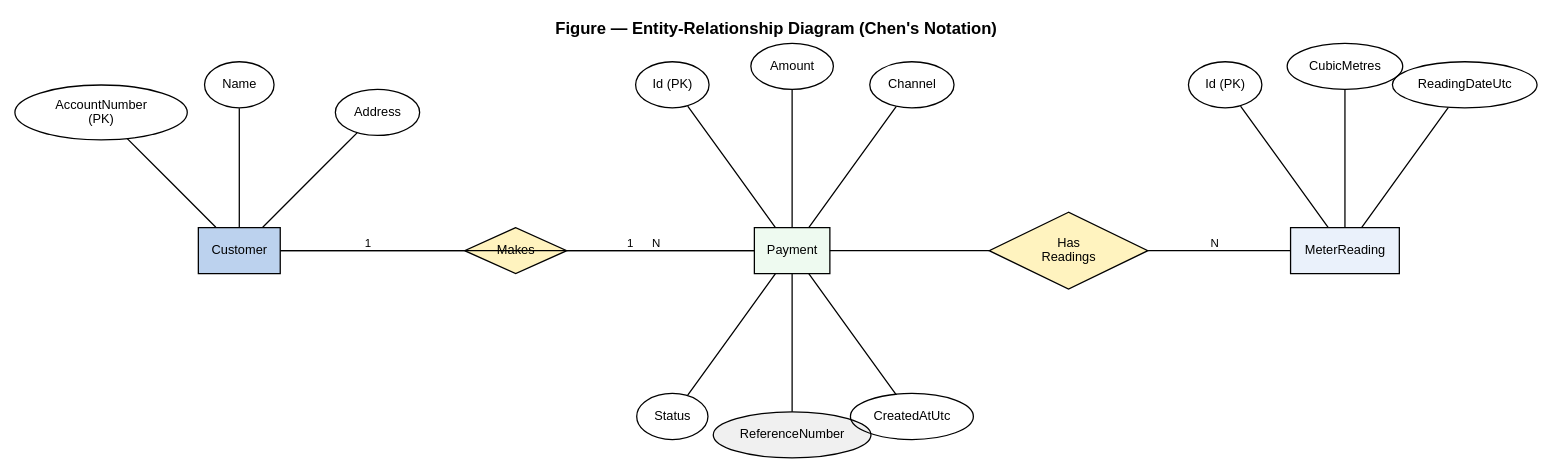
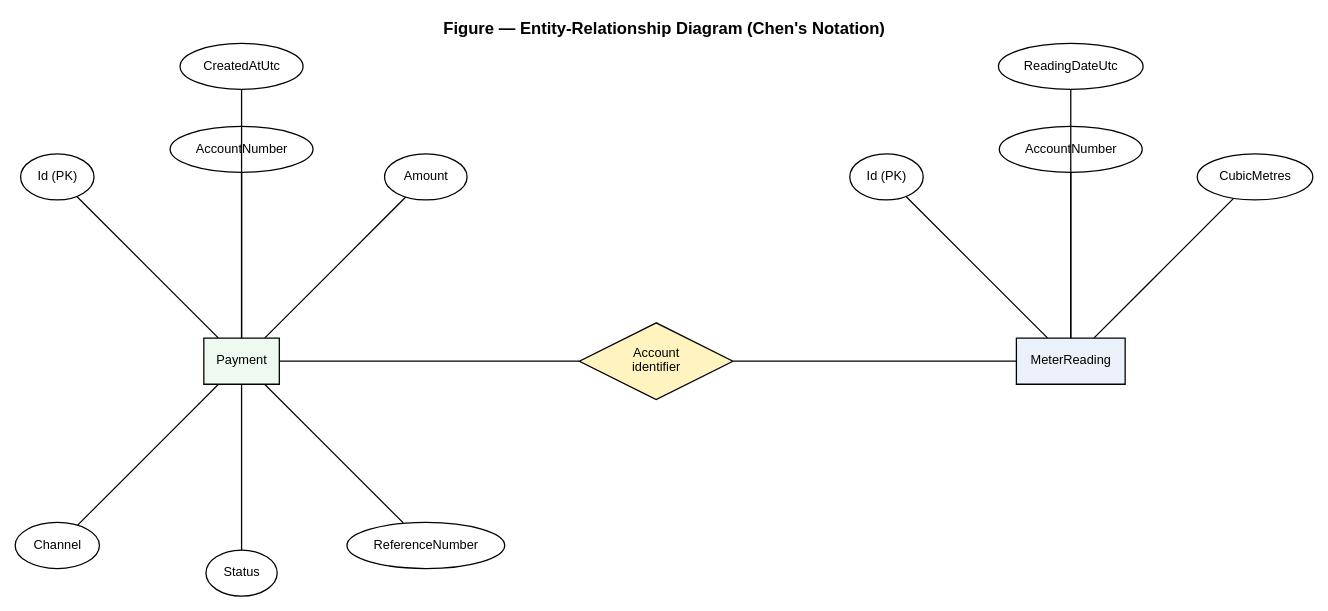
One commit to LinukaBandara/nwsdb-soc changed the diagram in docs/diagrams/er-chen.dot. Above: the diagram before and after it, drawn with Graphviz.

Commit message:
docs: align Chen ER diagram with implemented data model

```diff
--- a/docs/diagrams/er-chen.dot
+++ b/docs/diagrams/er-chen.dot
@@ -1,47 +1,50 @@
 graph ERChen {
     layout=neato;
     bgcolor="white";
     fontname="Helvetica";
     node [fontname="Helvetica" fontsize=10];
     edge [fontname="Helvetica" fontsize=9];
 
-    // Entities (rectangles)
-    Customer [shape=box style=filled fillcolor="#bcd2ee" pos="0,4!"];
-    Payment [shape=box style=filled fillcolor="#eefaf0" pos="6,4!"];
-    MeterReading [shape=box style=filled fillcolor="#eaf1fb" pos="12,4!"];
+    // The implementation has two service-local data models.
+    // Customer is an external actor/business concept, not a persisted table.
+    Payment [shape=box style=filled fillcolor="#eefaf0" label="Payment" pos="0,4!"];
+    MeterReading [shape=box style=filled fillcolor="#eaf1fb" label="MeterReading" pos="9,4!"];
 
-    // Relationships (diamonds, Chen's notation)
-    Makes [shape=diamond style=filled fillcolor="#fff3bf" label="Makes" pos="3,4!"];
-    Has [shape=diamond style=filled fillcolor="#fff3bf" label="Has\nReadings" pos="9,4!"];
+    // Payment attributes
+    P_id [shape=ellipse label="Id (PK)" pos="-2,6!"];
+    P_acc [shape=ellipse label="AccountNumber" pos="0,6.3!"];
+    P_amt [shape=ellipse label="Amount" pos="2,6!"];
+    P_chan [shape=ellipse label="Channel" pos="-2,2!"];
+    P_status [shape=ellipse label="Status" pos="0,1.7!"];
+    P_ref [shape=ellipse label="ReferenceNumber" pos="2,2!"];
+    P_date [shape=ellipse label="CreatedAtUtc" pos="0,7.2!"];
 
-    Customer -- Makes [label="1"];
-    Makes -- Payment [label="N"];
-    Customer -- Has [label="1"];
-    Has -- MeterReading [label="N"];
+    Payment -- P_id;
+    Payment -- P_acc;
+    Payment -- P_amt;
+    Payment -- P_chan;
+    Payment -- P_status;
+    Payment -- P_ref;
+    Payment -- P_date;
 
-    // Attributes (ellipses) — Customer
-    C_acc [shape=ellipse label="AccountNumber\n(PK)" pos="-1.5,5.5!"];
-    C_name [shape=ellipse label="Name" pos="0,5.8!"];
-    C_addr [shape=ellipse label="Address" pos="1.5,5.5!"];
-    Customer -- C_acc; Customer -- C_name; Customer -- C_addr;
+    // MeterReading attributes
+    M_id [shape=ellipse label="Id (PK)" pos="7,6!"];
+    M_acc [shape=ellipse label="AccountNumber" pos="9,6.3!"];
+    M_cubic [shape=ellipse label="CubicMetres" pos="11,6!"];
+    M_date [shape=ellipse label="ReadingDateUtc" pos="9,7.2!"];
 
-    // Attributes — Payment
-    P_id [shape=ellipse label="Id (PK)" pos="4.7,5.8!"];
-    P_amt [shape=ellipse label="Amount" pos="6,6!"];
-    P_chan [shape=ellipse label="Channel" pos="7.3,5.8!"];
-    P_status [shape=ellipse label="Status" pos="4.7,2.2!"];
-    P_ref [shape=ellipse label="ReferenceNumber" pos="6,2!" style=filled fillcolor="#f0f0f0"];
-    P_date [shape=ellipse label="CreatedAtUtc" pos="7.3,2.2!"];
-    Payment -- P_id; Payment -- P_amt; Payment -- P_chan;
-    Payment -- P_status; Payment -- P_ref; Payment -- P_date;
+    MeterReading -- M_id;
+    MeterReading -- M_acc;
+    MeterReading -- M_cubic;
+    MeterReading -- M_date;
 
-    // Attributes — MeterReading
-    M_id [shape=ellipse label="Id (PK)" pos="10.7,5.8!"];
-    M_cubic [shape=ellipse label="CubicMetres" pos="12,6!"];
-    M_date [shape=ellipse label="ReadingDateUtc" pos="13.3,5.8!"];
-    MeterReading -- M_id; MeterReading -- M_cubic; MeterReading -- M_date;
+    // AccountNumber is a shared business identifier in API requests.
+    // There is no database FK between these independent service stores.
+    Account [shape=diamond style=filled fillcolor="#fff3bf" label="Account\nidentifier" pos="4.5,4!"];
+    Payment -- Account;
+    Account -- MeterReading;
 
     labelloc="t";
     label="Figure — Entity-Relationship Diagram (Chen's Notation)";
     fontsize=13; fontname="Helvetica-Bold";
 }
```
